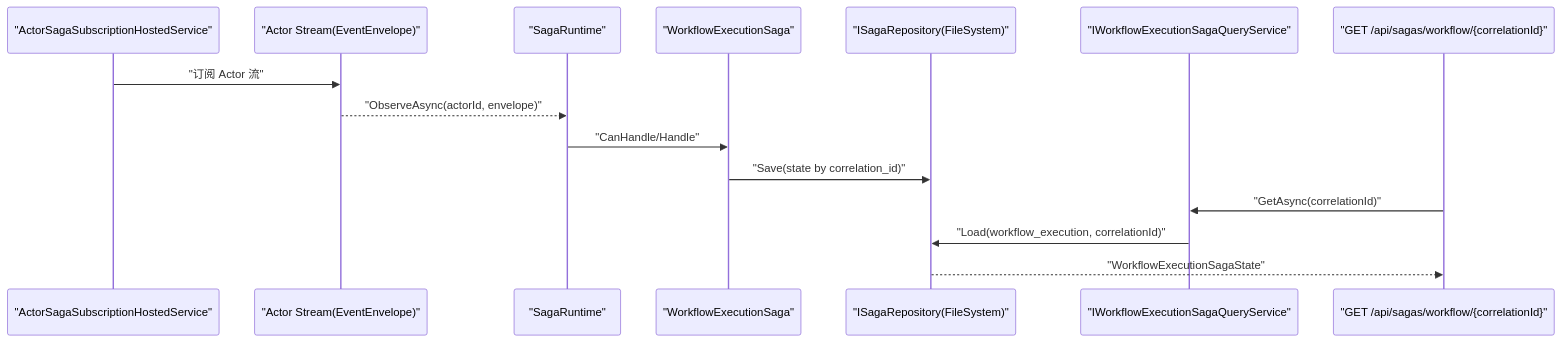
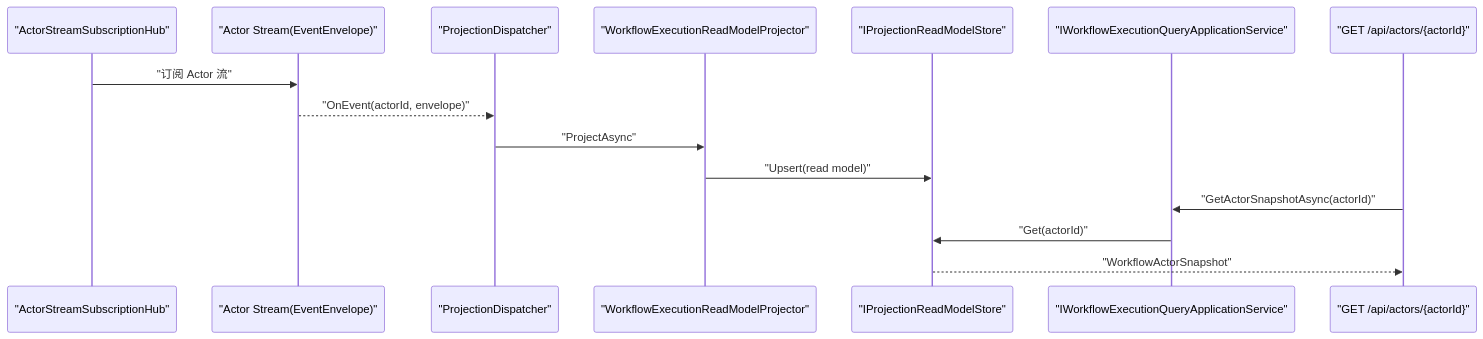
Before and after one commit to aevatarAI/aevatar: the fifth of 5 diagrams in src/workflow/README.md, drawn with Mermaid. The commit also changed other lines of this file and 53 other files, not shown here.

First line of the commit message:
Remove Saga components from Aevatar architecture

````diff
--- a/src/workflow/README.md
+++ b/src/workflow/README.md
@@ -169,19 +161,19 @@
 ```mermaid
 %%{init: {"maxTextSize": 100000, "flowchart": {"useMaxWidth": false, "nodeSpacing": 10, "rankSpacing": 50}, "themeVariables": {"fontSize": "10px"}}}%%
 sequenceDiagram
-  participant Runtime as "ActorSagaSubscriptionHostedService"
+  participant Runtime as "ActorStreamSubscriptionHub"
   participant Stream as "Actor Stream(EventEnvelope)"
-  participant SagaRt as "SagaRuntime"
-  participant Saga as "WorkflowExecutionSaga"
-  participant Repo as "ISagaRepository(FileSystem)"
-  participant Query as "IWorkflowExecutionSagaQueryService"
-  participant Api as "GET /api/sagas/workflow/{correlationId}"
+  participant Dispatcher as "ProjectionDispatcher"
+  participant Projector as "WorkflowExecutionReadModelProjector"
+  participant Store as "IProjectionReadModelStore"
+  participant Query as "IWorkflowExecutionQueryApplicationService"
+  participant Api as "GET /api/actors/{actorId}"
 
   Runtime->>Stream: "订阅 Actor 流"
-  Stream-->>SagaRt: "ObserveAsync(actorId, envelope)"
-  SagaRt->>Saga: "CanHandle/Handle"
-  Saga->>Repo: "Save(state by correlation_id)"
-  Api->>Query: "GetAsync(correlationId)"
-  Query->>Repo: "Load(workflow_execution, correlationId)"
-  Repo-->>Api: "WorkflowExecutionSagaState"
+  Stream-->>Dispatcher: "OnEvent(actorId, envelope)"
+  Dispatcher->>Projector: "ProjectAsync"
+  Projector->>Store: "Upsert(read model)"
+  Api->>Query: "GetActorSnapshotAsync(actorId)"
+  Query->>Store: "Get(actorId)"
+  Store-->>Api: "WorkflowActorSnapshot"
 ```
````
